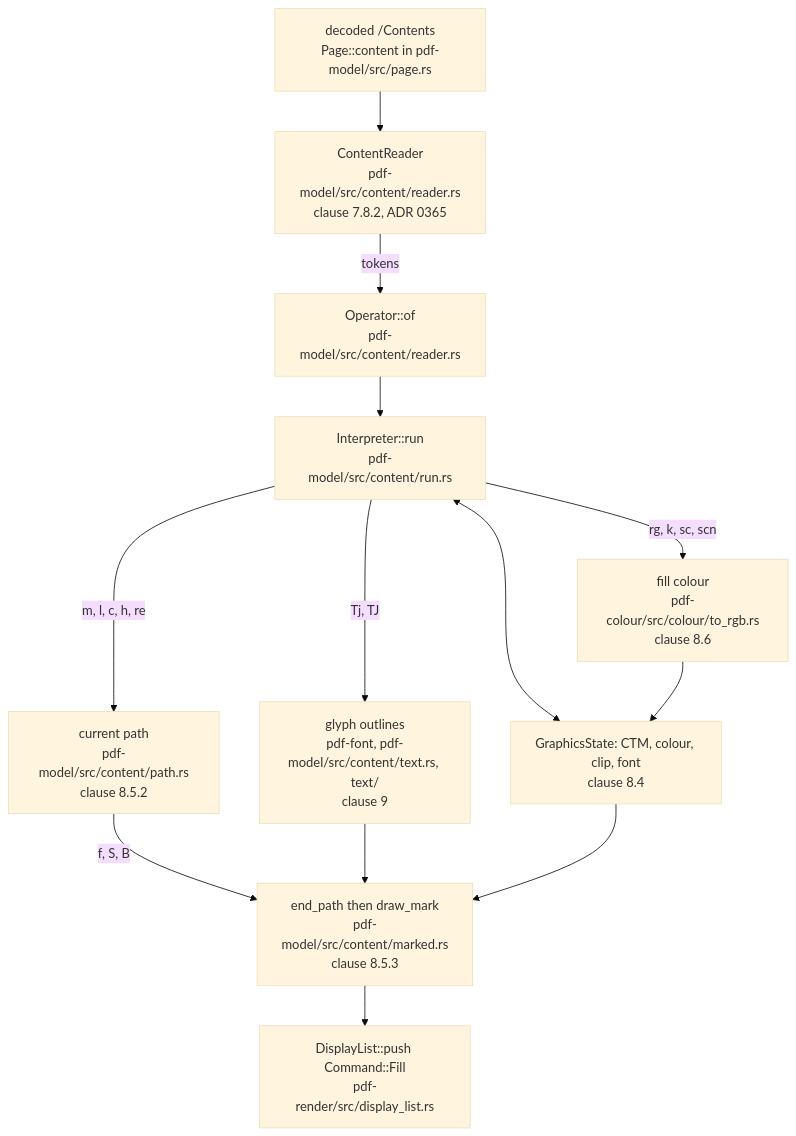
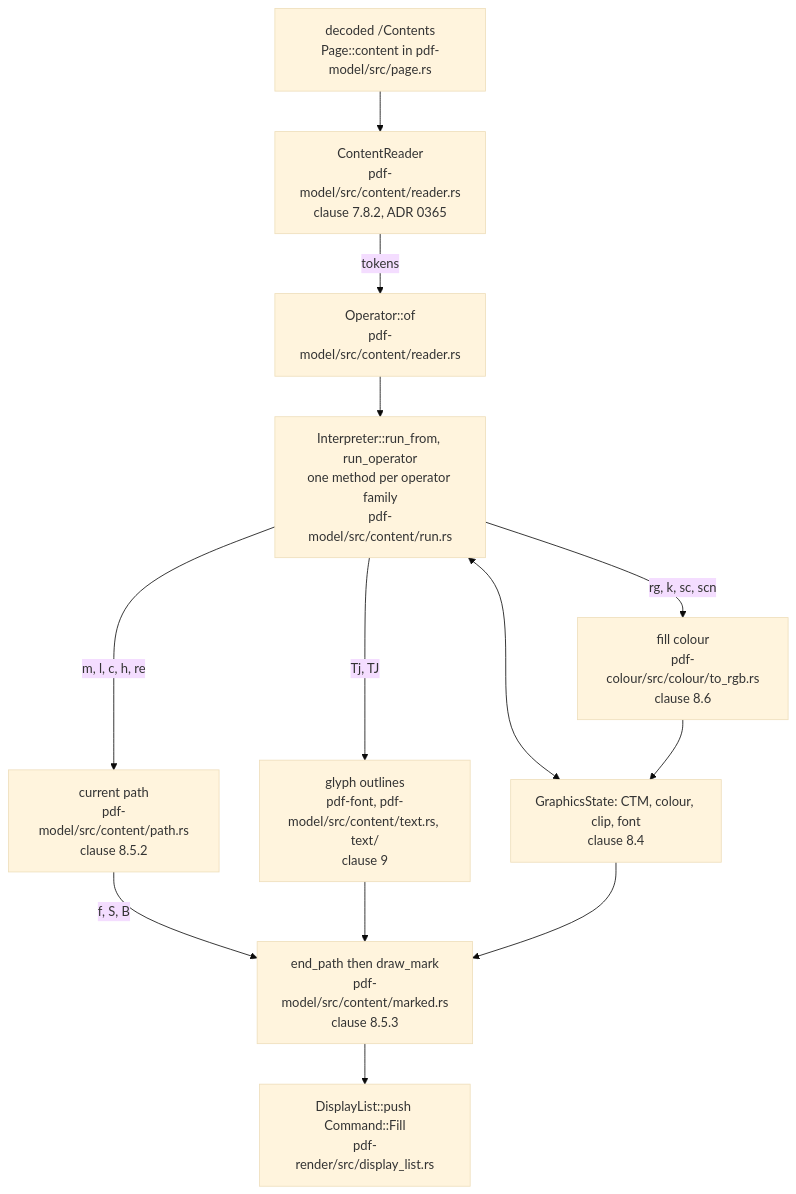
One commit to close2/pdf-viewer changed the fourth of 9 diagrams in doc/teaching/how-a-page-lands-on-the-screen.md. Above: the diagram before and after it, drawn with Mermaid (base theme). The commit also changed other lines of this file and 172 other files, not shown here.

````diff
--- a/doc/teaching/how-a-page-lands-on-the-screen.md
+++ b/doc/teaching/how-a-page-lands-on-the-screen.md
@@ -241,26 +241,26 @@
 ```mermaid
 flowchart TD
     CONTENT["decoded /Contents<br/>Page::content in pdf-model/src/page.rs"]
     READER["ContentReader<br/>pdf-model/src/content/reader.rs<br/>clause 7.8.2, ADR 0365"]
     OPERATOR["Operator::of<br/>pdf-model/src/content/reader.rs"]
-    RUN["Interpreter::run<br/>pdf-model/src/content/run.rs"]
+    RUN["Interpreter::run_from, run_operator<br/>one method per operator family<br/>pdf-model/src/content/run.rs"]
     STATE["GraphicsState: CTM, colour, clip, font<br/>clause 8.4"]
     PATH["current path<br/>pdf-model/src/content/path.rs<br/>clause 8.5.2"]
     COLOUR["fill colour<br/>pdf-colour/src/colour/to_rgb.rs<br/>clause 8.6"]
     TEXT["glyph outlines<br/>pdf-font, pdf-model/src/content/text.rs, text/<br/>clause 9"]
     MARK["end_path then draw_mark<br/>pdf-model/src/content/marked.rs<br/>clause 8.5.3"]
     LIST["DisplayList::push Command::Fill<br/>pdf-render/src/display_list.rs"]
 
     CONTENT --> READER
     READER -->|tokens| OPERATOR
     OPERATOR --> RUN
     RUN <--> STATE
     RUN -->|"m, l, c, h, re"| PATH
     RUN -->|"rg, k, sc, scn"| COLOUR
     RUN -->|"Tj, TJ"| TEXT
     PATH -->|"f, S, B"| MARK
     TEXT --> MARK
     COLOUR --> STATE
     STATE --> MARK
     MARK --> LIST
 ```
````
